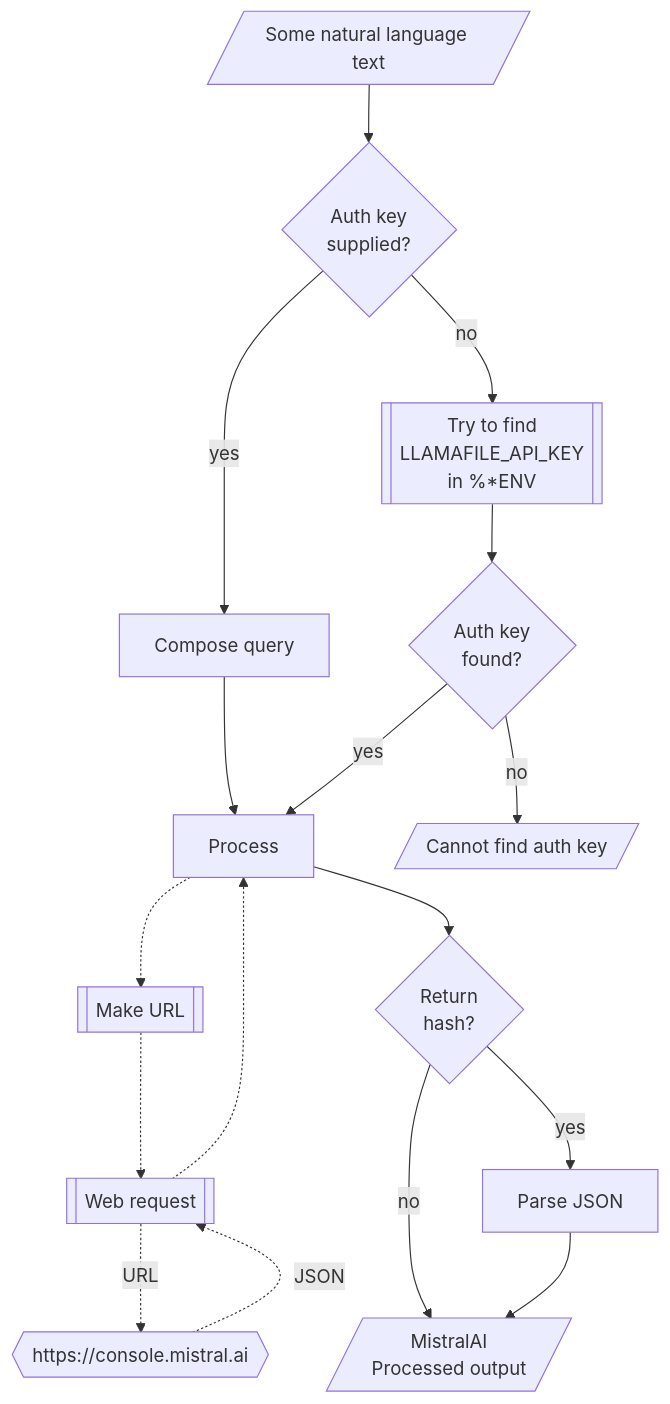
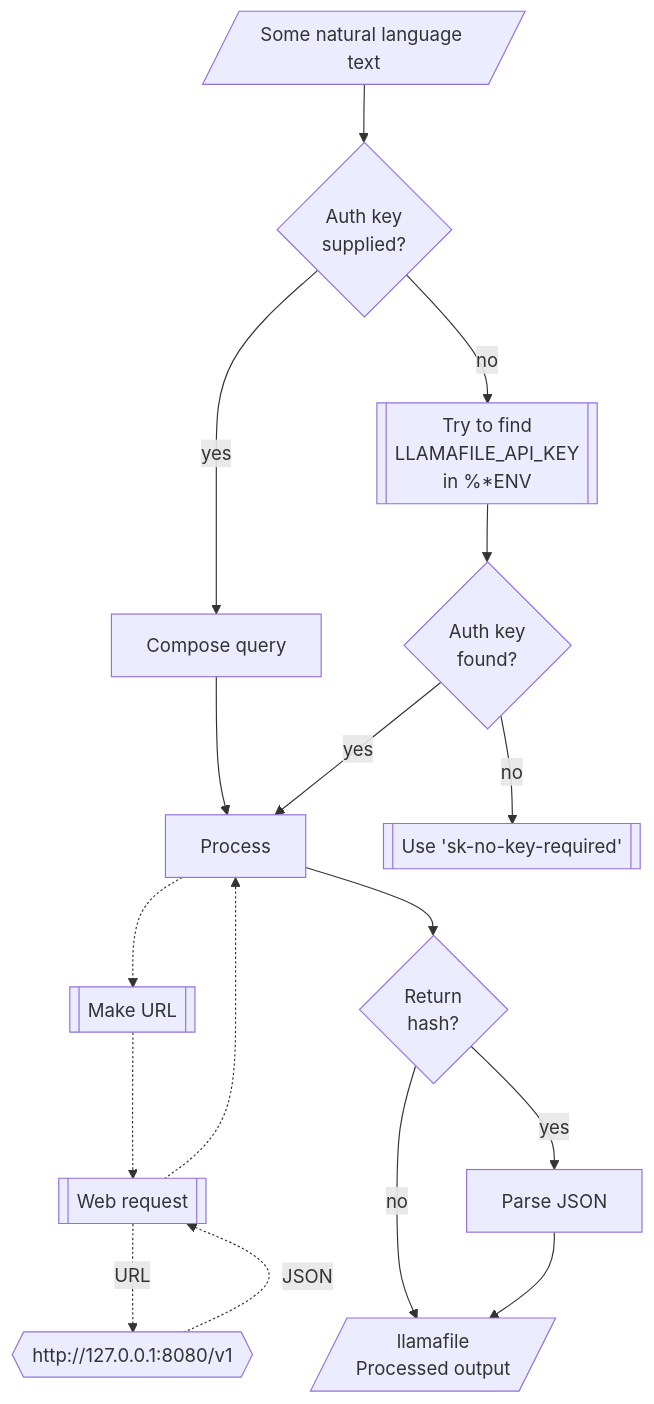
One commit to antononcube/Raku-WWW-LLaMA changed the diagram in README-work.md. Above: the diagram before and after it, drawn with Mermaid. The commit also changed other lines of this file and 1 other file, not shown here.

Commit message:
docs:First version.

````diff
--- a/README-work.md
+++ b/README-work.md
@@ -188,30 +188,30 @@
 ```mermaid
 graph TD
 	UI[/Some natural language text/]
-	TO[/"MistralAI<br/>Processed output"/]
+	TO[/"llamafile<br/>Processed output"/]
 	WR[[Web request]]
-	MistralAI{{https://console.mistral.ai}}
+	llamafile{{http://127.0.0.1:8080/v1}}
 	PJ[Parse JSON]
 	Q{Return<br>hash?}
 	MSTC[Compose query]
 	MURL[[Make URL]]
 	TTC[Process]
 	QAK{Auth key<br>supplied?}
 	EAK[["Try to find<br>LLAMAFILE_API_KEY<br>in %*ENV"]]
 	QEAF{Auth key<br>found?}
-	NAK[/Cannot find auth key/]
+	NAK[["Use 'sk-no-key-required'"]]
 	UI --> QAK
 	QAK --> |yes|MSTC
 	QAK --> |no|EAK
 	EAK --> QEAF
 	MSTC --> TTC
 	QEAF --> |no|NAK
 	QEAF --> |yes|TTC
 	TTC -.-> MURL -.-> WR -.-> TTC
-	WR -.-> |URL|MistralAI 
-	MistralAI -.-> |JSON|WR
+	WR -.-> |URL|llamafile 
+	llamafile -.-> |JSON|WR
 	TTC --> Q 
 	Q --> |yes|PJ
 	Q --> |no|TO
 	PJ --> TO
 ```
````
